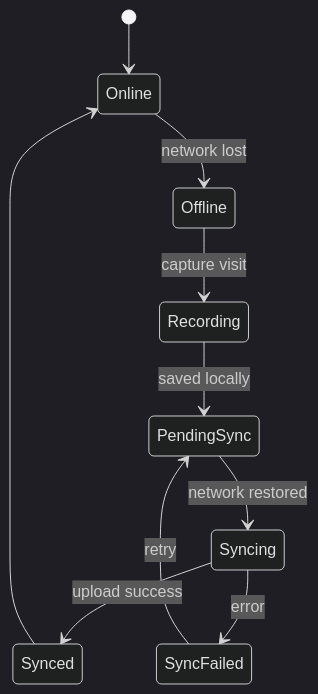
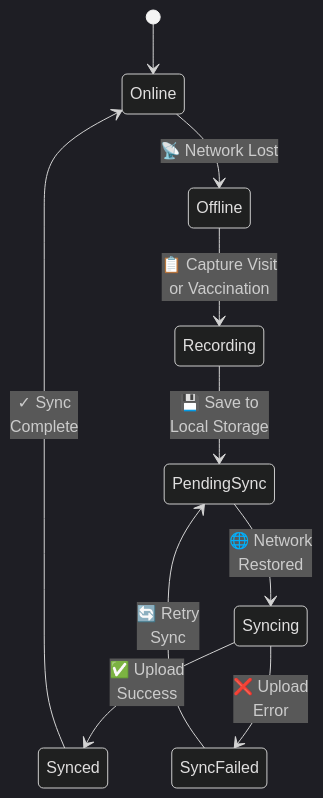
One commit to Juny-max/child-vaccination-system changed the diagram in docs/diagram-images/src/03-state-diagram-chw-offline-capture-and-sync.mmd. Above: the diagram before and after it, drawn with Mermaid (dark theme). The commit also changed 6 other files, not shown here.

First line of the commit message:
refactor: Improve diagram clarity, text alignment, and formatting

```diff
--- a/docs/diagram-images/src/03-state-diagram-chw-offline-capture-and-sync.mmd
+++ b/docs/diagram-images/src/03-state-diagram-chw-offline-capture-and-sync.mmd
@@ -1,10 +1,10 @@
 stateDiagram-v2
   [*] --> Online
-  Online --> Offline: network lost
-  Offline --> Recording: capture visit
-  Recording --> PendingSync: saved locally
-  PendingSync --> Syncing: network restored
-  Syncing --> Synced: upload success
-  Syncing --> SyncFailed: error
-  SyncFailed --> PendingSync: retry
-  Synced --> Online
+  Online --> Offline: 📡 Network Lost
+  Offline --> Recording: 📋 Capture Visit<br/>or Vaccination
+  Recording --> PendingSync: 💾 Save to<br/>Local Storage
+  PendingSync --> Syncing: 🌐 Network<br/>Restored
+  Syncing --> Synced: ✅ Upload<br/>Success
+  Syncing --> SyncFailed: ❌ Upload<br/>Error
+  SyncFailed --> PendingSync: 🔄 Retry<br/>Sync
+  Synced --> Online: ✓ Sync<br/>Complete
```
